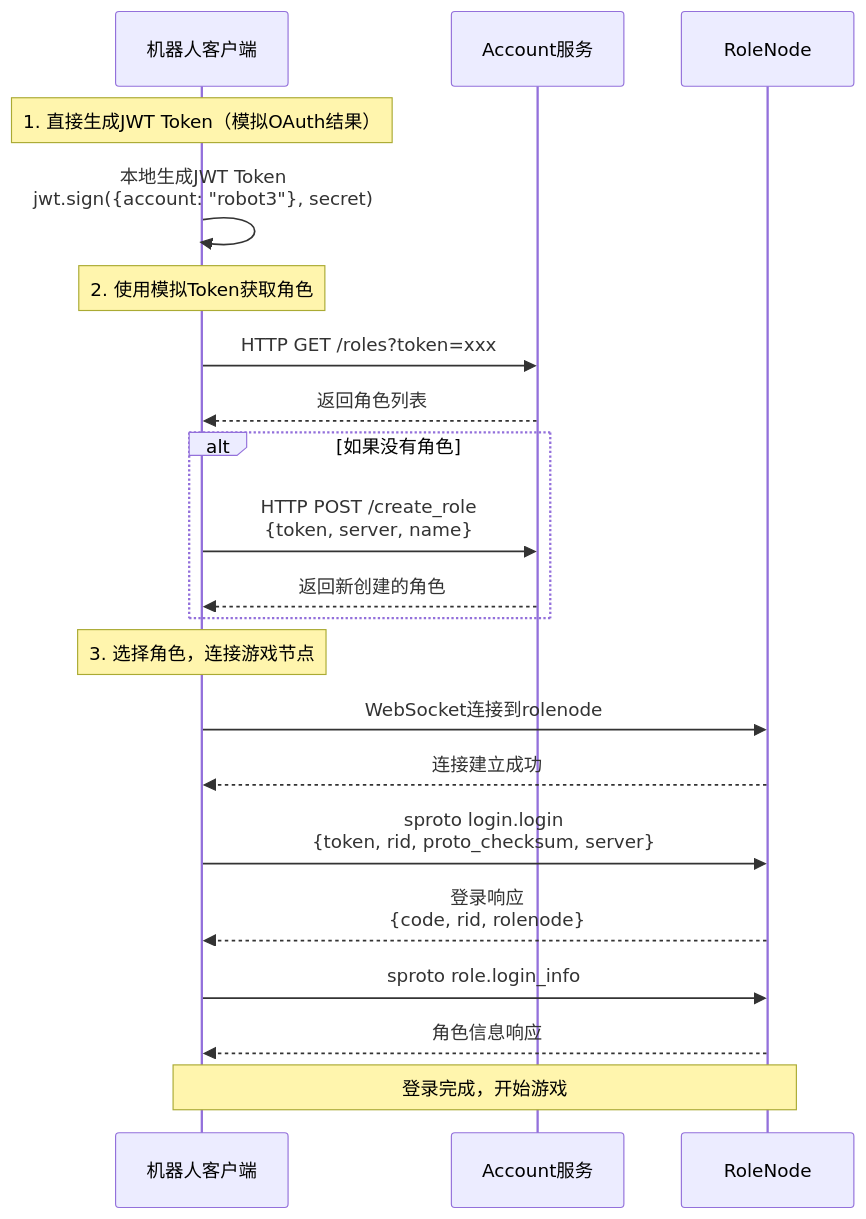
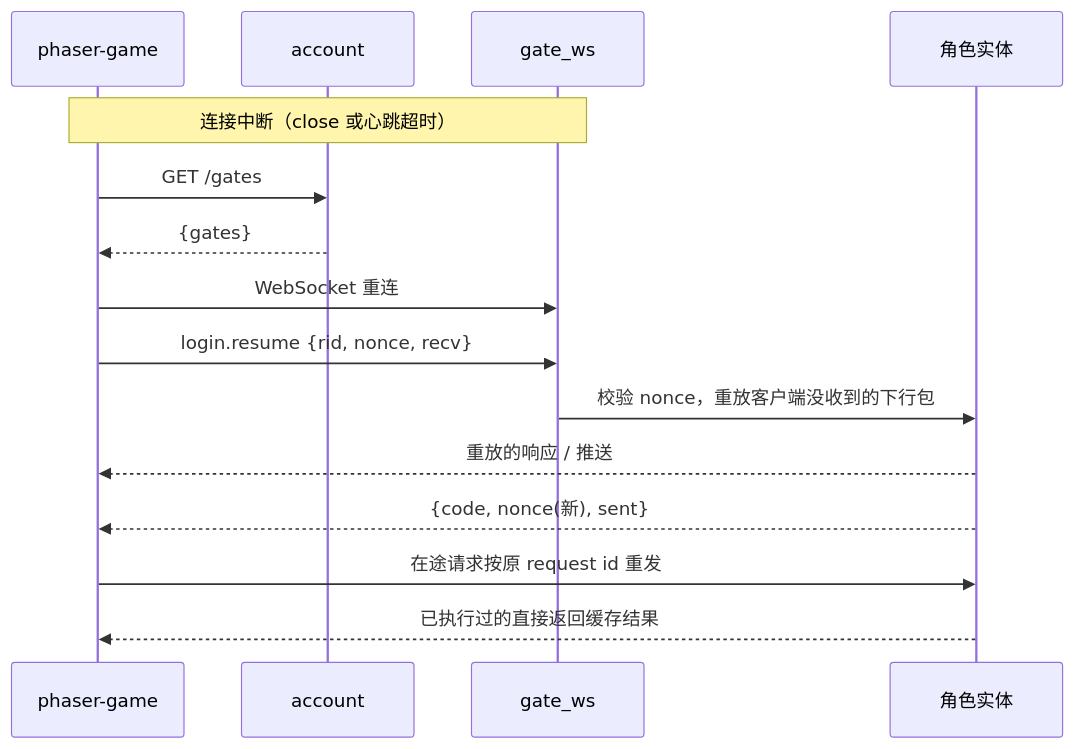
The fifth of 5 diagrams in login_flow_diagram.md (hanxi/phaser-game), drawn with Mermaid before and after one commit. The commit also changed other lines of this file and 14 other files, not shown here.

````diff
--- a/login_flow_diagram.md
+++ b/login_flow_diagram.md
@@ -224,30 +138,18 @@
 ```mermaid
 sequenceDiagram
-    participant RC as 机器人客户端
-    participant A as Account服务
-    participant R as RoleNode
-    
-    Note over RC: 1. 直接生成JWT Token（模拟OAuth结果）
-    RC->>RC: 本地生成JWT Token<br/>jwt.sign({account: "robot3"}, secret)
-    
-    Note over RC: 2. 使用模拟Token获取角色
-    RC->>A: HTTP GET /roles?token=xxx
-    A-->>RC: 返回角色列表
-    
-    alt 如果没有角色
-        RC->>A: HTTP POST /create_role<br/>{token, server, name}
-        A-->>RC: 返回新创建的角色
-    end
-    
-    Note over RC: 3. 选择角色，连接游戏节点
-    RC->>R: WebSocket连接到rolenode
-    R-->>RC: 连接建立成功
-    
-    RC->>R: sproto login.login<br/>{token, rid, proto_checksum, server}
-    R-->>RC: 登录响应<br/>{code, rid, rolenode}
-    
-    RC->>R: sproto role.login_info
-    R-->>RC: 角色信息响应
-    
-    Note over RC,R: 登录完成，开始游戏
+    participant C as phaser-game
+    participant A as account
+    participant G as gate_ws
+    participant E as 角色实体
+
+    Note over C,G: 连接中断（close 或心跳超时）
+    C->>A: GET /gates
+    A-->>C: {gates}
+    C->>G: WebSocket 重连
+    C->>G: login.resume {rid, nonce, recv}
+    G->>E: 校验 nonce，重放客户端没收到的下行包
+    E-->>C: 重放的响应 / 推送
+    E-->>C: {code, nonce(新), sent}
+    C->>E: 在途请求按原 request id 重发
+    E-->>C: 已执行过的直接返回缓存结果
 ```
````
